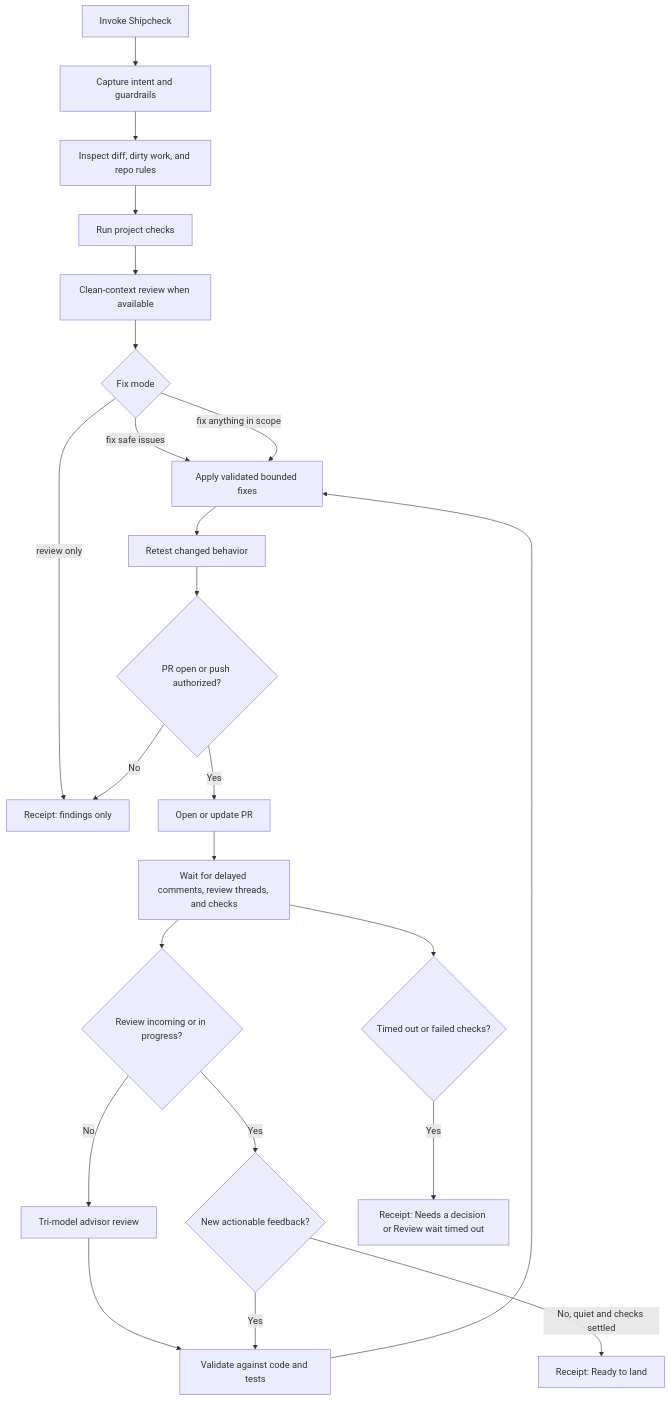
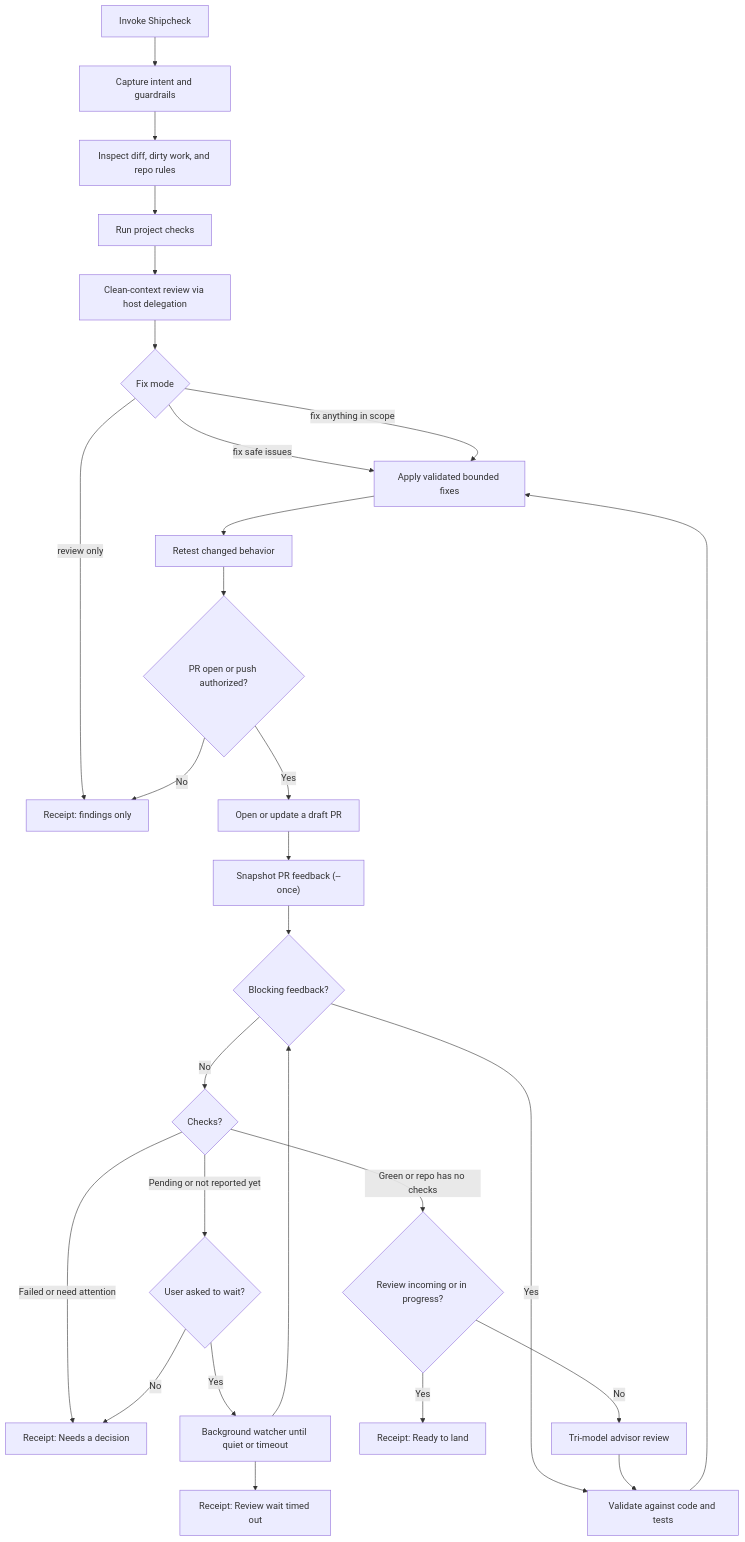
The diagram in README.md (matthewrball/shipcheck), drawn with Mermaid before and after one commit. The commit also changed other lines of this file and 5 other files, not shown here.

First line of the commit message:
Tighten watch contract and always run host-native review

````diff
--- a/README.md
+++ b/README.md
@@ -15,25 +15,30 @@
 ```mermaid
 flowchart TD
     A["Invoke Shipcheck"] --> B["Capture intent and guardrails"]
     B --> C["Inspect diff, dirty work, and repo rules"]
     C --> D["Run project checks"]
-    D --> E["Clean-context review when available"]
+    D --> E["Clean-context review via host delegation"]
     E --> F{"Fix mode"}
     F -- "review only" --> G["Receipt: findings only"]
     F -- "fix safe issues" --> H["Apply validated bounded fixes"]
     F -- "fix anything in scope" --> H
     H --> I["Retest changed behavior"]
     I --> J{"PR open or push authorized?"}
     J -- "No" --> G
-    J -- "Yes" --> K["Open or update PR"]
-    K --> L["Wait for delayed comments, review threads, and checks"]
-    L --> R{"Review incoming or in progress?"}
+    J -- "Yes" --> K["Open or update a draft PR"]
+    K --> L["Snapshot PR feedback (--once)"]
+    L --> M{"Blocking feedback?"}
+    M -- "Yes" --> N["Validate against code and tests"]
+    N --> H
+    M -- "No" --> P{"Checks?"}
+    P -- "Failed or need attention" --> Q["Receipt: Needs a decision"]
+    P -- "Pending or not reported yet" --> W{"User asked to wait?"}
+    P -- "Green or repo has no checks" --> R{"Review incoming or in progress?"}
     R -- "No" --> S["Tri-model advisor review"]
-    S --> N["Validate against code and tests"]
-    R -- "Yes" --> M{"New actionable feedback?"}
-    M -- "Yes" --> N
-    N --> H
-    M -- "No, quiet and checks settled" --> O["Receipt: Ready to land"]
-    L --> P{"Timed out or failed checks?"}
-    P -- "Yes" --> Q["Receipt: Needs a decision or Review wait timed out"]
+    S --> N
+    R -- "Yes" --> O["Receipt: Ready to land"]
+    W -- "Yes" --> T["Background watcher until quiet or timeout"]
+    T --> M
+    T --> U["Receipt: Review wait timed out"]
+    W -- "No" --> Q
 ```
````
